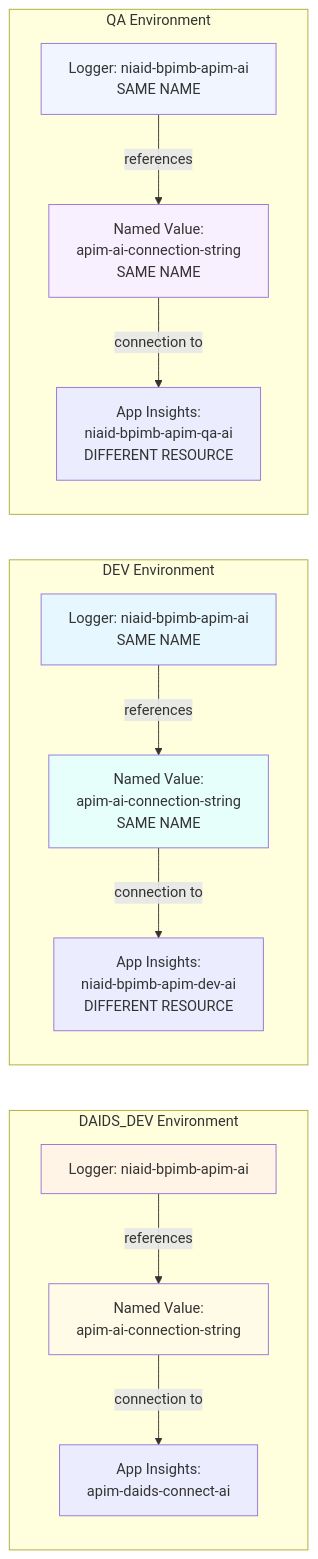
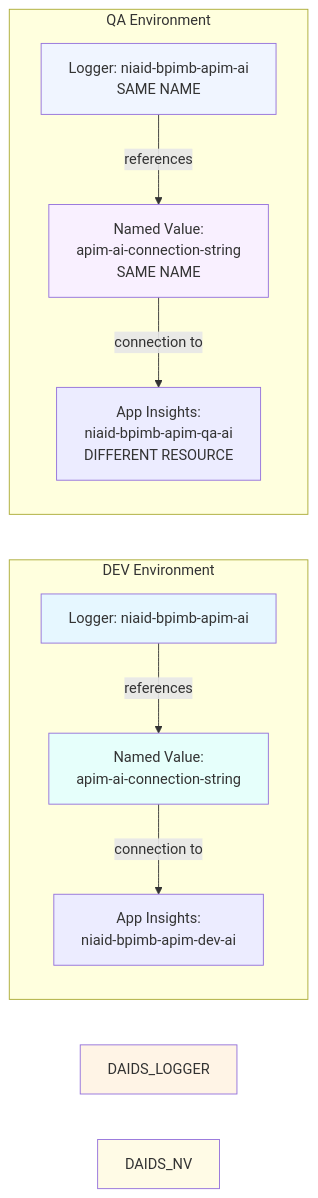
Before and after one commit to NIAID-BPIMB-whiters/API-DEVOPS: the fifth of 5 diagrams in README.md, drawn with Mermaid. The commit also changed other lines of this file and 1 other file, not shown here.

First line of the commit message:
feat: Update architecture to extract from DEV instead of DAIDS_DEV

````diff
--- a/README.md
+++ b/README.md
@@ -1969,33 +1954,25 @@
 ```mermaid
 graph LR
-    subgraph DAIDS_DEV["DAIDS_DEV Environment"]
-        DAIDS_LOGGER[Logger: niaid-bpimb-apim-ai]
-        DAIDS_NV[Named Value:<br/>apim-ai-connection-string]
-        DAIDS_APPINS[App Insights:<br/>apim-daids-connect-ai]
-        DAIDS_LOGGER --> |references| DAIDS_NV
-        DAIDS_NV --> |connection to| DAIDS_APPINS
-    end
-    
     subgraph DEV["DEV Environment"]
-        DEV_LOGGER[Logger: niaid-bpimb-apim-ai<br/>SAME NAME]
-        DEV_NV[Named Value:<br/>apim-ai-connection-string<br/>SAME NAME]
-        DEV_APPINS[App Insights:<br/>niaid-bpimb-apim-dev-ai<br/>DIFFERENT RESOURCE]
+        DEV_LOGGER[Logger: niaid-bpimb-apim-ai]
+        DEV_NV[Named Value:<br/>apim-ai-connection-string]
+        DEV_APPINS[App Insights:<br/>niaid-bpimb-apim-dev-ai]
         DEV_LOGGER --> |references| DEV_NV
         DEV_NV --> |connection to| DEV_APPINS
     end
     
     subgraph QA["QA Environment"]
         QA_LOGGER[Logger: niaid-bpimb-apim-ai<br/>SAME NAME]
         QA_NV[Named Value:<br/>apim-ai-connection-string<br/>SAME NAME]
         QA_APPINS[App Insights:<br/>niaid-bpimb-apim-qa-ai<br/>DIFFERENT RESOURCE]
         QA_LOGGER --> |references| QA_NV
         QA_NV --> |connection to| QA_APPINS
     end
     
     style DAIDS_LOGGER fill:#fff4e6
     style DEV_LOGGER fill:#e6f7ff
     style QA_LOGGER fill:#f0f5ff
     style DAIDS_NV fill:#fffbe6
     style DEV_NV fill:#e6fffb
     style QA_NV fill:#f9f0ff
 ```
````
